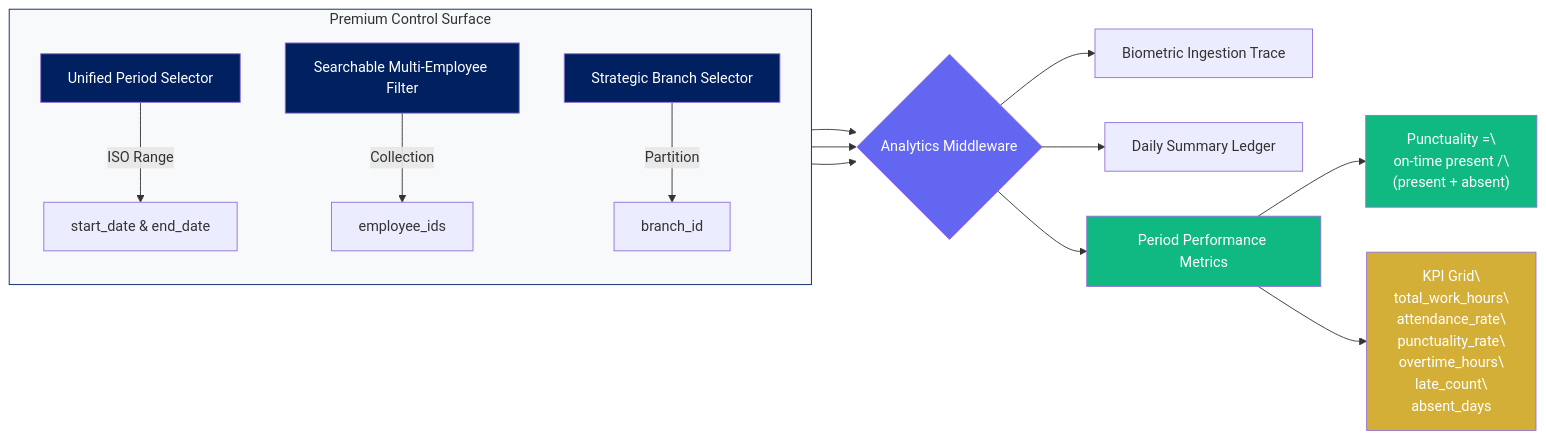
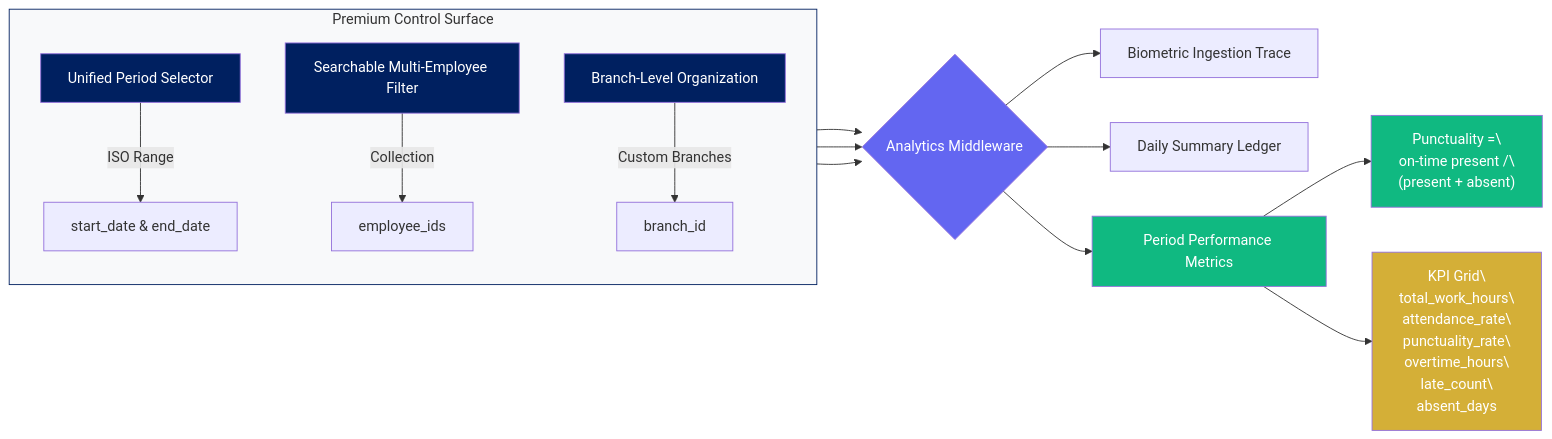
One commit to binssente-crypto/PAYROLL-DOCUMENTATION changed the fourth of 15 diagrams in README.md. Above: the diagram before and after it, drawn with Mermaid. The commit also changed other lines of this file, not shown here.

````diff
--- a/README.md
+++ b/README.md
@@ -154,29 +154,29 @@
 ```mermaid
 flowchart LR
     subgraph UI["Premium Control Surface"]
         direction TB
         P[Unified Period Selector] -->|ISO Range| DATES[start_date & end_date]
         E[Searchable Multi-Employee Filter] -->|Collection| IDS[employee_ids]
-        B[Strategic Branch Selector] -->|Partition| BID[branch_id]
+        B[Branch-Level Organization] -->|Custom Branches| BID[branch_id]
     end
     
     DATES --> API{Analytics Middleware}
     IDS --> API
     BID --> API
     
     API --> BIO[Biometric Ingestion Trace]
     API --> ATT[Daily Summary Ledger]
     API --> PER[Period Performance Metrics]
 
     PER --> PUNC["Punctuality =\\non-time present /\\n(present + absent)"]
     PER --> METRICS["KPI Grid\\ntotal_work_hours\\nattendance_rate\\npunctuality_rate\\novertime_hours\\nlate_count\\nabsent_days"]
 
     style UI fill:#f8f9fa,stroke:#002060
     style P fill:#002060,color:#fff
     style E fill:#002060,color:#fff
     style B fill:#002060,color:#fff
     style METRICS fill:#D4AF37,color:#fff
     style PUNC fill:#10b981,color:#fff
     style PER fill:#10b981,color:#fff
     style API fill:#6366f1,color:#fff
 ```
````
